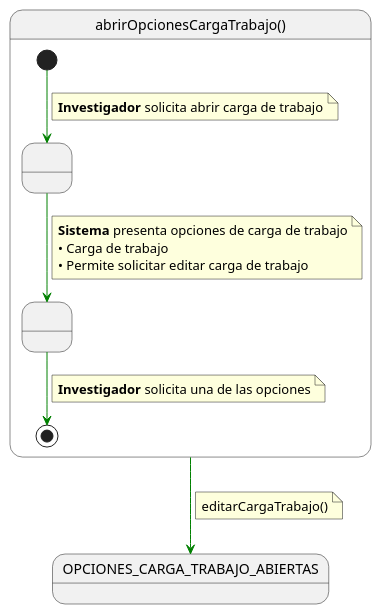
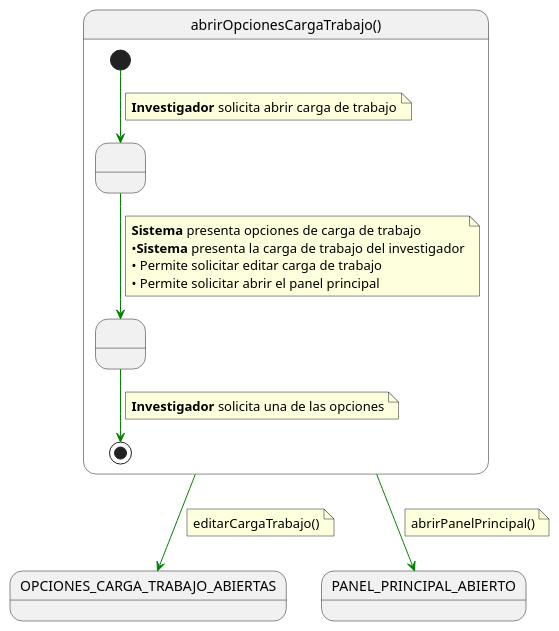
One commit to 31Diego/25-26-IdSw1-SdR changed the diagram in documents/CasosDeUso/investigador/03-carga-trabajo/abrirCargaTrabajo/abrirOpcionesCargaTrabajo.puml. Above: the diagram before and after it, drawn with PlantUML. The commit also changed 1 other file, not shown here.

Commit message:
fix/cambios en CdU abrirOpcionesCargaTrabajo

```diff
--- a/documents/CasosDeUso/investigador/03-carga-trabajo/abrirCargaTrabajo/abrirOpcionesCargaTrabajo.puml
+++ b/documents/CasosDeUso/investigador/03-carga-trabajo/abrirCargaTrabajo/abrirOpcionesCargaTrabajo.puml
@@ -1,33 +1,39 @@
 @startuml abrirOpcionesCargaTrabajo
 
 skinparam linetype polyline
 
 state abrirOpcionesCargaTrabajo as "abrirOpcionesCargaTrabajo()" {
 
     state " " as MostrandoEntregable
     state " " as FiltrandoEntregable
 
     [*] -[#green]-> MostrandoEntregable 
     note on link
     <b>Investigador</b> solicita abrir carga de trabajo
     end note    
     
     MostrandoEntregable -[#green]-> FiltrandoEntregable
     note on link
     <b>Sistema</b> presenta opciones de carga de trabajo
-    • Carga de trabajo
+    •<b>Sistema</b> presenta la carga de trabajo del investigador
     • Permite solicitar editar carga de trabajo
+    • Permite solicitar abrir el panel principal
     end note
     
     FiltrandoEntregable -[#green]-> [*]
     note on link
     <b>Investigador</b> solicita una de las opciones
     end note
 }
 
 abrirOpcionesCargaTrabajo -[#green]-> OPCIONES_CARGA_TRABAJO_ABIERTAS
 note on link
 editarCargaTrabajo()
 end note
 
+abrirOpcionesCargaTrabajo -[#green]-> PANEL_PRINCIPAL_ABIERTO
+note on link
+abrirPanelPrincipal()
+end note
+
 @enduml
```
